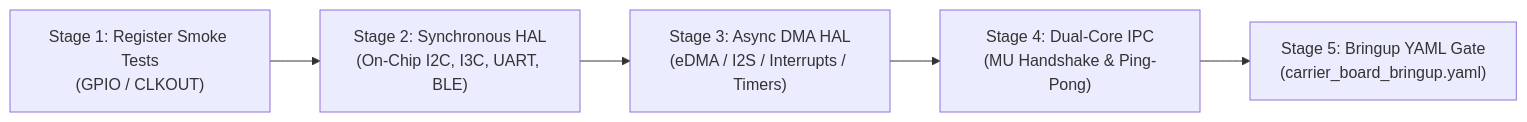
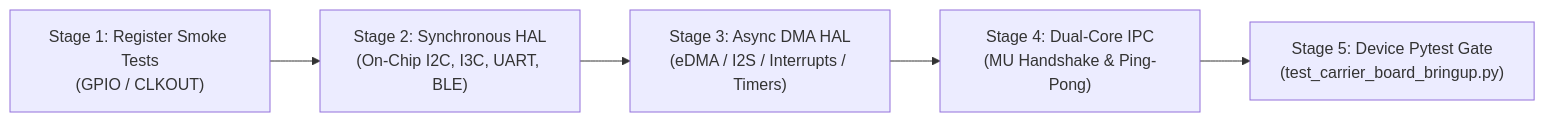
The second of 7 diagrams in app/carrier_board.md (picklethecat1488-hue/firmware), drawn with Mermaid before and after one commit. The commit also changed other lines of this file and 22 other files, not shown here.

````diff
--- a/app/carrier_board.md
+++ b/app/carrier_board.md
@@ -834,7 +834,7 @@
 ```mermaid
 flowchart LR
     S1["Stage 1: Register Smoke Tests<br/>(GPIO / CLKOUT)"] --> S2["Stage 2: Synchronous HAL<br/>(On-Chip I2C, I3C, UART, BLE)"]
     S2 --> S3["Stage 3: Async DMA HAL<br/>(eDMA / I2S / Interrupts / Timers)"]
     S3 --> S4["Stage 4: Dual-Core IPC<br/>(MU Handshake & Ping-Pong)"]
-    S4 --> S5["Stage 5: Bringup YAML Gate<br/>(carrier_board_bringup.yaml)"]
+    S4 --> S5["Stage 5: Device Pytest Gate<br/>(test_carrier_board_bringup.py)"]
 ```
````
